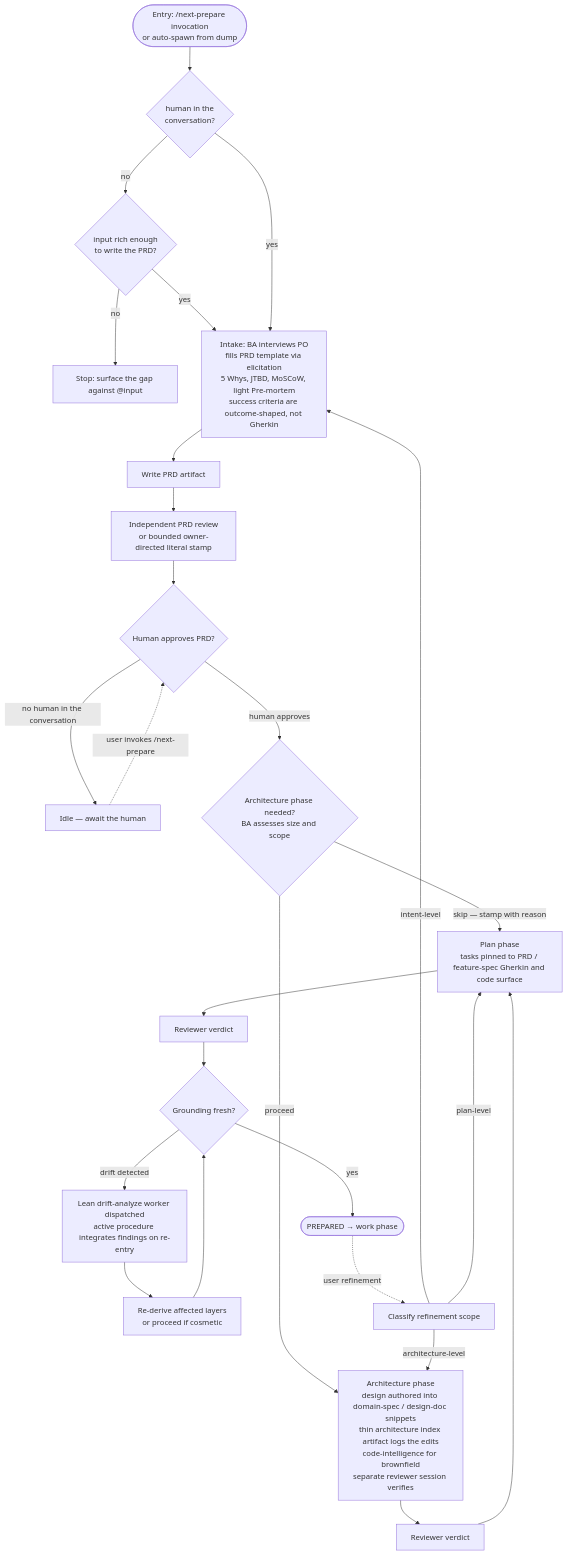
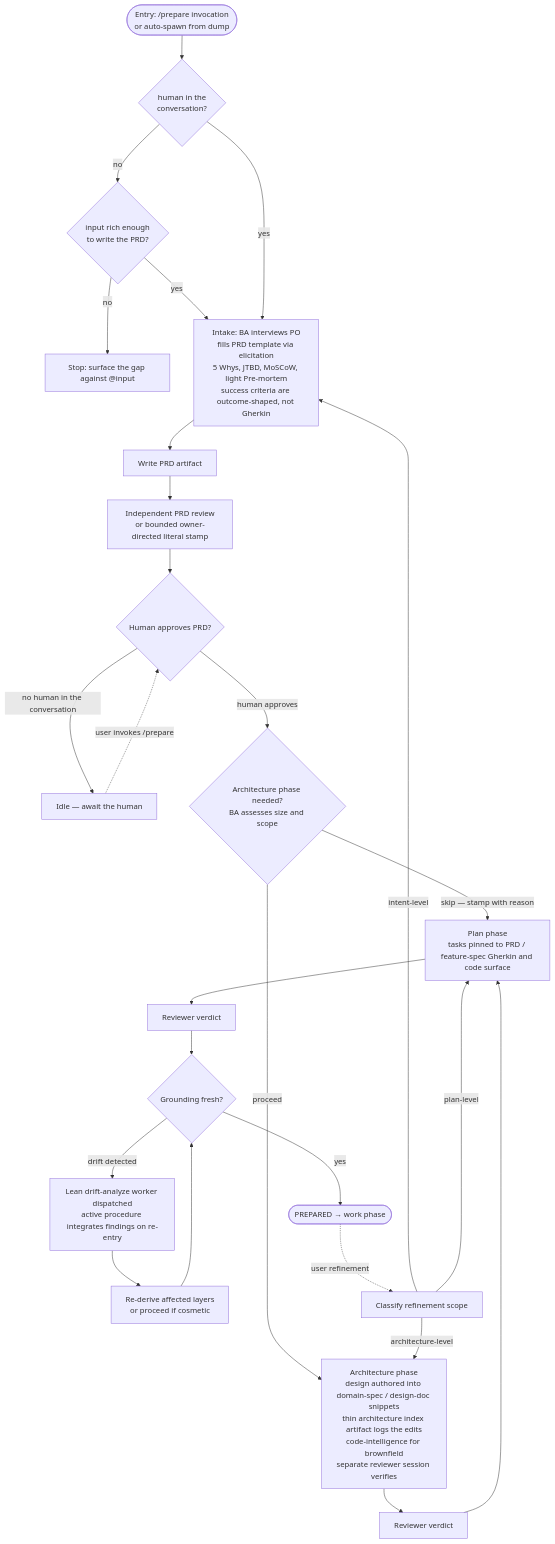
One commit to InstruktAI/TeleClaude changed the diagram in docs/project/design/architecture/prepare-flow.md. Above: the diagram before and after it, drawn with Mermaid. The commit also changed other lines of this file and 316 other files, not shown here.

````diff
--- a/docs/project/design/architecture/prepare-flow.md
+++ b/docs/project/design/architecture/prepare-flow.md
@@ -73,44 +73,44 @@
 ```mermaid
 flowchart TD
-    Entry([Entry: /next-prepare invocation<br/>or auto-spawn from dump])
+    Entry([Entry: /prepare invocation<br/>or auto-spawn from dump])
     Entry --> ModeCheck{human in the<br/>conversation?}
 
     ModeCheck -->|no| InputOnly{input rich enough<br/>to write the PRD?}
     InputOnly -->|no| StopSparse[Stop: surface the gap against @input]
     InputOnly -->|yes| Intake
     ModeCheck -->|yes| Intake
 
     Intake[Intake: BA interviews PO<br/>fills PRD template via elicitation<br/>5 Whys, JTBD, MoSCoW, light Pre-mortem<br/>success criteria are outcome-shaped, not Gherkin]
 
     Intake --> WritePRD[Write PRD artifact]
     WritePRD --> PRDReview[Independent PRD review<br/>or bounded owner-directed literal stamp]
     PRDReview --> PRDApprove{Human approves PRD?}
 
     PRDApprove -->|no human in the conversation| Idle[Idle — await the human]
     PRDApprove -->|human approves| AssessArch
 
-    Idle -.user invokes /next-prepare.-> PRDApprove
+    Idle -.user invokes /prepare.-> PRDApprove
 
     AssessArch{Architecture phase needed?<br/>BA assesses size and scope}
     AssessArch -->|skip — stamp with reason| PlanPhase
     AssessArch -->|proceed| ArchPhase
 
     ArchPhase[Architecture phase<br/>design authored into domain-spec / design-doc snippets<br/>thin architecture index artifact logs the edits<br/>code-intelligence for brownfield<br/>separate reviewer session verifies]
     ArchPhase --> ArchReview[Reviewer verdict]
     ArchReview --> PlanPhase
 
     PlanPhase[Plan phase<br/>tasks pinned to PRD / feature-spec Gherkin and code surface]
     PlanPhase --> PlanReview[Reviewer verdict]
     PlanReview --> Grounding{Grounding fresh?}
 
     Grounding -->|yes| Prepared([PREPARED → work phase])
     Grounding -->|drift detected| DriftWorker[Lean drift-analyze worker dispatched<br/>active procedure integrates findings on re-entry]
     DriftWorker --> Plan[Re-derive affected layers<br/>or proceed if cosmetic]
     Plan --> Grounding
 
     %% Refinement
     Prepared -.user refinement.-> RefineClassify[Classify refinement scope]
     RefineClassify -->|intent-level| Intake
     RefineClassify -->|architecture-level| ArchPhase
     RefineClassify -->|plan-level| PlanPhase
 ```
````
